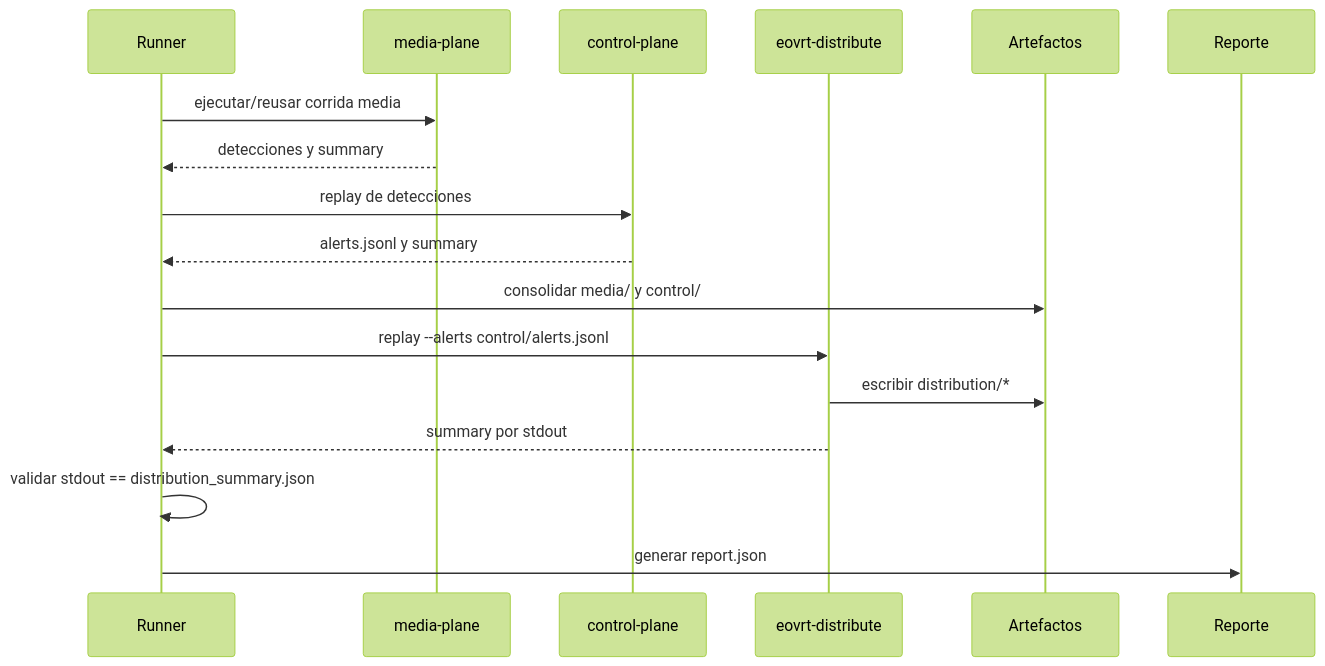
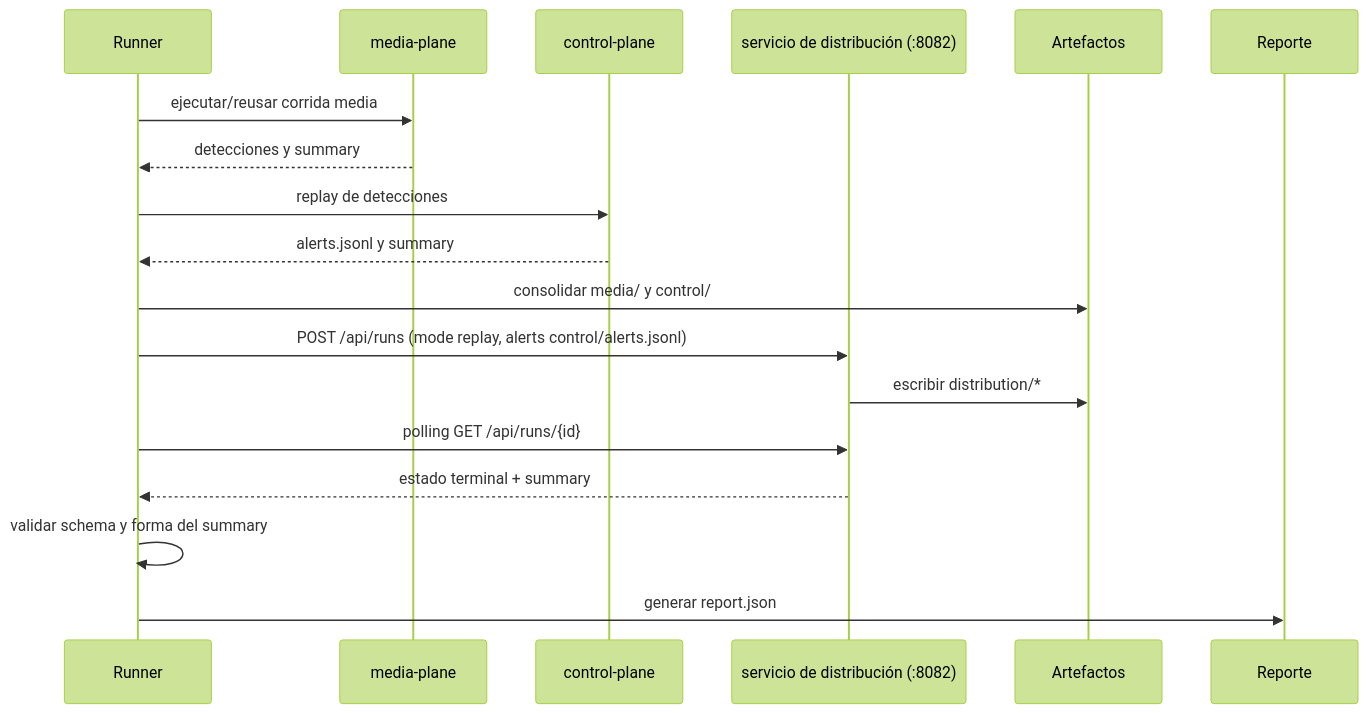
One commit to simonll4/e-ovrt_alert-distribution changed the first of 2 diagrams in docs/05-integracion-con-la-plataforma.md. Above: the diagram before and after it, drawn with Mermaid (forest theme). The commit also changed other lines of this file and 11 other files, not shown here.

````diff
--- a/docs/05-integracion-con-la-plataforma.md
+++ b/docs/05-integracion-con-la-plataforma.md
@@ -55,20 +52,21 @@
 ```mermaid
 sequenceDiagram
     participant R as Runner
     participant M as media-plane
     participant C as control-plane
-    participant D as eovrt-distribute
+    participant D as servicio de distribución (:8082)
     participant F as Artefactos
     participant P as Reporte
 
     R->>M: ejecutar/reusar corrida media
     M-->>R: detecciones y summary
     R->>C: replay de detecciones
     C-->>R: alerts.jsonl y summary
     R->>F: consolidar media/ y control/
-    R->>D: replay --alerts control/alerts.jsonl
+    R->>D: POST /api/runs (mode replay, alerts control/alerts.jsonl)
     D->>F: escribir distribution/*
-    D-->>R: summary por stdout
-    R->>R: validar stdout == distribution_summary.json
+    R->>D: polling GET /api/runs/{id}
+    D-->>R: estado terminal + summary
+    R->>R: validar schema y forma del summary
     R->>P: generar report.json
 ```
````
